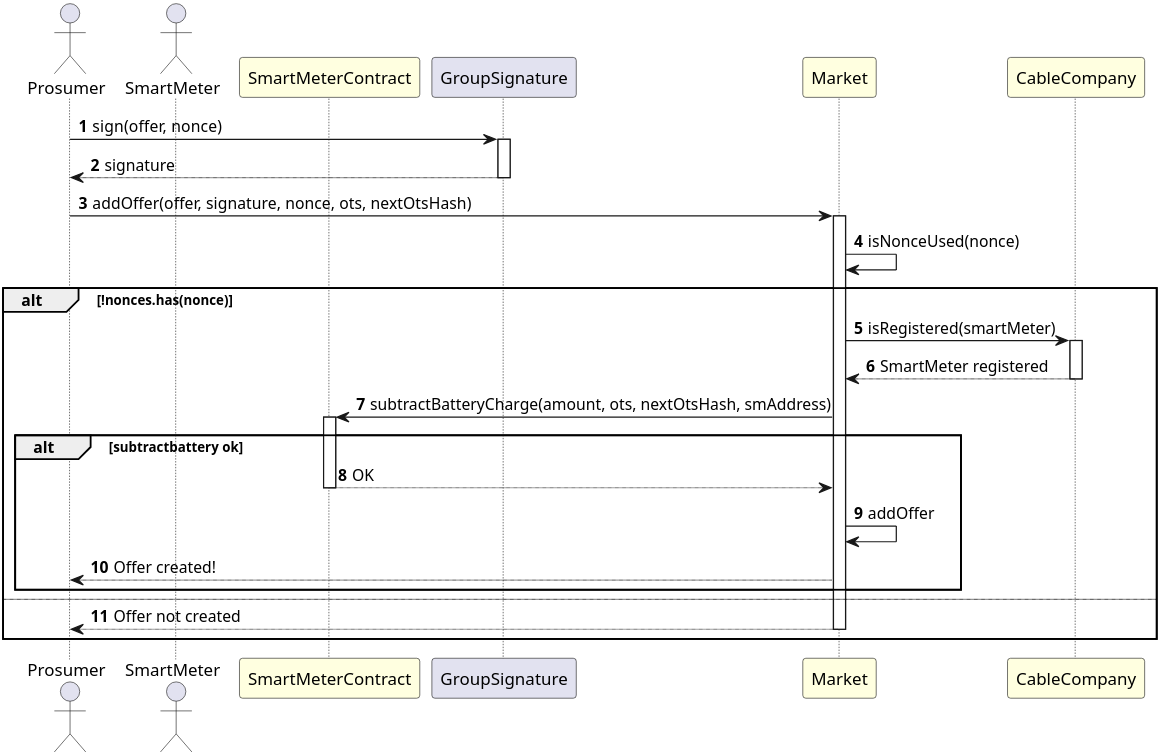
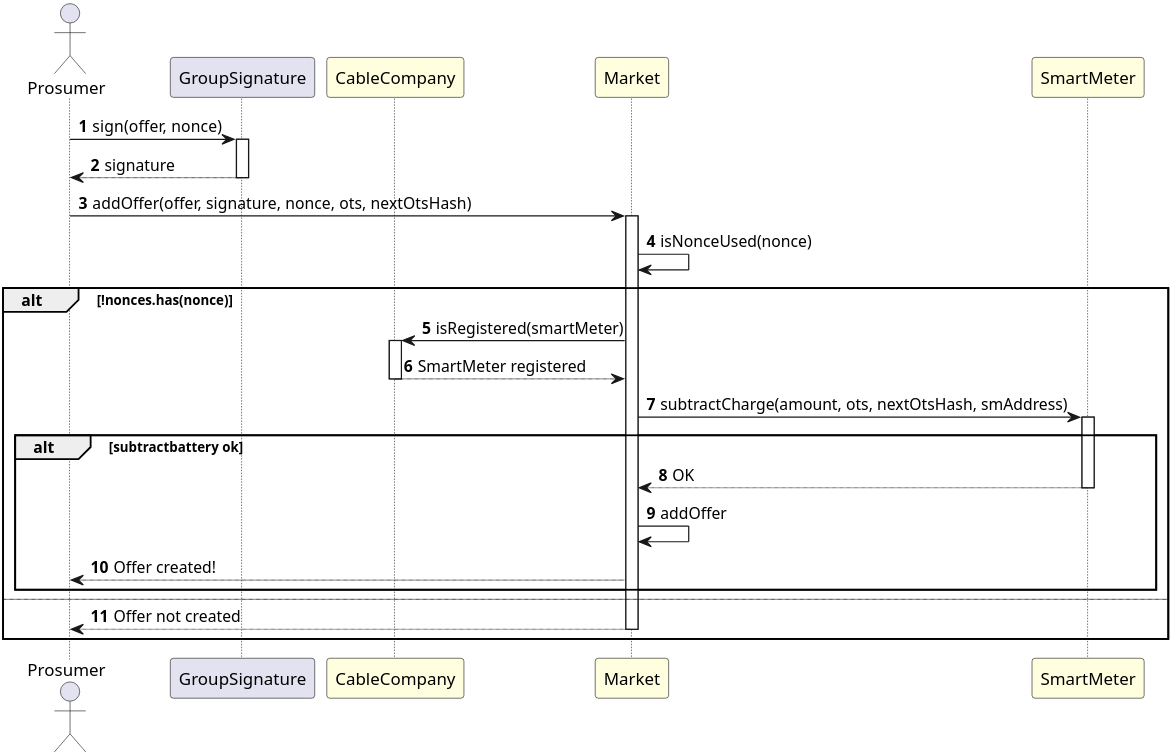
One commit to antonoeschmidt/SmartGridEmpowered changed the diagram in docs/SequenceDiagrams/addOffer.puml. Above: the diagram before and after it, drawn with PlantUML. The commit also changed 2 other files, not shown here.

Commit message:
updated diagrams agian

```diff
--- a/docs/SequenceDiagrams/addOffer.puml
+++ b/docs/SequenceDiagrams/addOffer.puml
@@ -1,32 +1,31 @@
 @startuml AddOffer
 actor Prosumer
-actor SmartMeter
-participant SmartMeterContract #LightYellow
 participant GroupSignature
+participant CableCompany #LightYellow
 participant Market #LightYellow
-participant CableCompany #LightYellow
+participant SmartMeter #LightYellow
 
 skinparam dpi 400
 
 autonumber
 
 Prosumer -> GroupSignature ++: sign(offer, nonce)
 GroupSignature --> Prosumer --: signature
 
 Prosumer -> Market ++: addOffer(offer, signature, nonce, ots, nextOtsHash)
 Market -> Market: isNonceUsed(nonce)
 alt !nonces.has(nonce)
 Market -> CableCompany ++: isRegistered(smartMeter)
 CableCompany --> Market --: SmartMeter registered
 
-Market -> SmartMeterContract ++: subtractBatteryCharge(amount, ots, nextOtsHash, smAddress)
+Market -> SmartMeter ++: subtractCharge(amount, ots, nextOtsHash, smAddress)
 alt subtractbattery ok
-SmartMeterContract --> Market --: OK
+SmartMeter --> Market --: OK
 Market -> Market: addOffer
 Market --> Prosumer: Offer created!
 end 
 else
 Market --> Prosumer --: Offer not created
 end
 
 @enduml
```
